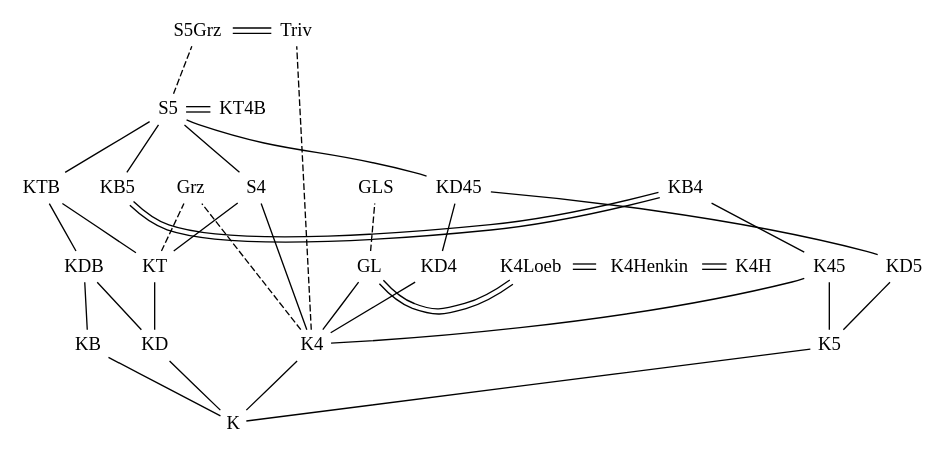
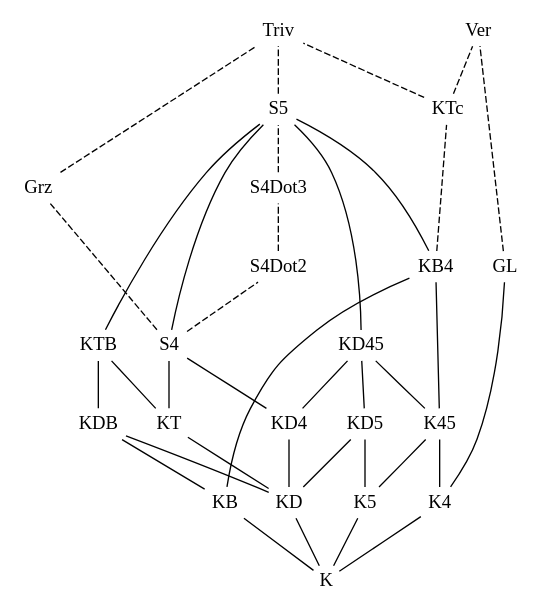
One commit to FormalizedFormalLogic/LogicsKite changed the diagram in kite.dot. Above: the diagram before and after it, drawn with Graphviz.

```diff
--- a/kite.dot
+++ b/kite.dot
@@ -1,88 +1,59 @@
 digraph {
   graph[
     rankdir = BT; 
   ]
 
   node [
     shape=plaintext
     margin=0.05
     width=0
     height=0
   ];
 
   edge [
     style = solid
     arrowhead = none
   ];
+   
+  {rank = same; Triv; Ver;}
 
-  GL;
-  GLS;
-  Grz;
-  K;
-  K4;
-  K45;
-  K4H;
-  K4Henkin;
-  K4Loeb;
-  K5;
-  KB;
-  KB4;
-  KB5;
-  KD;
-  KD4;
-  KD45;
-  KD5;
-  KDB;
-  KT;
-  KT4B;
-  KTB;
-  S4;
-  S5;
-  S5Grz;
-  Triv;
-   
-  {rank = same; GL; K4Loeb; K4Henkin; K4H;}
-  GL -> K4Loeb [color = "black:invis:black"];
-  K4Loeb -> K4Henkin [color = "black:invis:black"];
-  K4Henkin -> K4H [color = "black:invis:black"];
+  KTB -> S5;
+  S4 -> S5;
+  KD45 -> S5;
+  KB4 -> S5;
+  KT -> KTB;
+  KDB -> KTB;
+  KT -> S4;
+  KD4 -> S4;
+  KD4 -> KD45;
+  KD5 -> KD45;
+  K45 -> KD45;
+  K45 -> KB4;
+  KB -> KB4;
+  KD -> KT;
+  KD -> KDB;
+  KB -> KDB;
+  KD -> KD4;
+  KD -> KD5;
+  K5 -> KD5;
+  K4 -> K45;
+  K5 -> K45;
+  K -> KD;
+  K -> K4;
+  K -> K5;
+  K -> KB;
 
-  {rank = same; K4; KB; K5; K4}
+  K4 -> GL;
+  // S4 -> Triv;
 
-  {rank = same; S5; KT4B;}
-  S5 -> KT4B [color = "black:invis:black"];
-
-  {rank = same; S5Grz; Triv;}
-  S5Grz -> Triv [color = "black:invis:black"];
-
-  {rank = same; KB4; KB5;}
-  KB4 -> KB5 [color = "black:invis:black"];
-
-  GL -> GLS [style = dashed];
-  K -> K4
-  K -> K5
-  K -> KB
-  K -> KD
-  K4 -> GL 
-  K4 -> Grz [style = dashed];
-  K4 -> K45
-  K4 -> KD4
-  K4 -> S4
-  K4 -> Triv [style = dashed];
-  K45 -> KB4
-  K5 -> K45
-  K5 -> KD5
-  KB -> KDB
-  KB5 -> S5
-  KD -> KDB
-  KD -> KT
-  KD4 -> KD45
-  KD45 -> S5
-  KD5 -> KD45
-  KDB -> KTB 
-  KT -> Grz [style = dashed];
-  KT -> KTB
-  KT -> S4;
-  KTB -> S5
-  S4 -> S5
-  S5 -> S5Grz [style = dashed] 
-} 
+  S4 -> Grz [style = dashed];
+  S4 -> S4Dot2 [style = dashed];
+  S4Dot2 -> S4Dot3 [style = dashed];
+  S4Dot3 -> S5 [style = dashed];
+  Grz -> Triv [style = dashed];
+  S5 -> Triv [style = dashed]; 
+  GL -> Ver [style = dashed];
+  KB4 -> KTc [style = dashed];
+  KTc -> Ver [style = dashed];
+  KTc -> Triv [style = dashed];
+}
```
